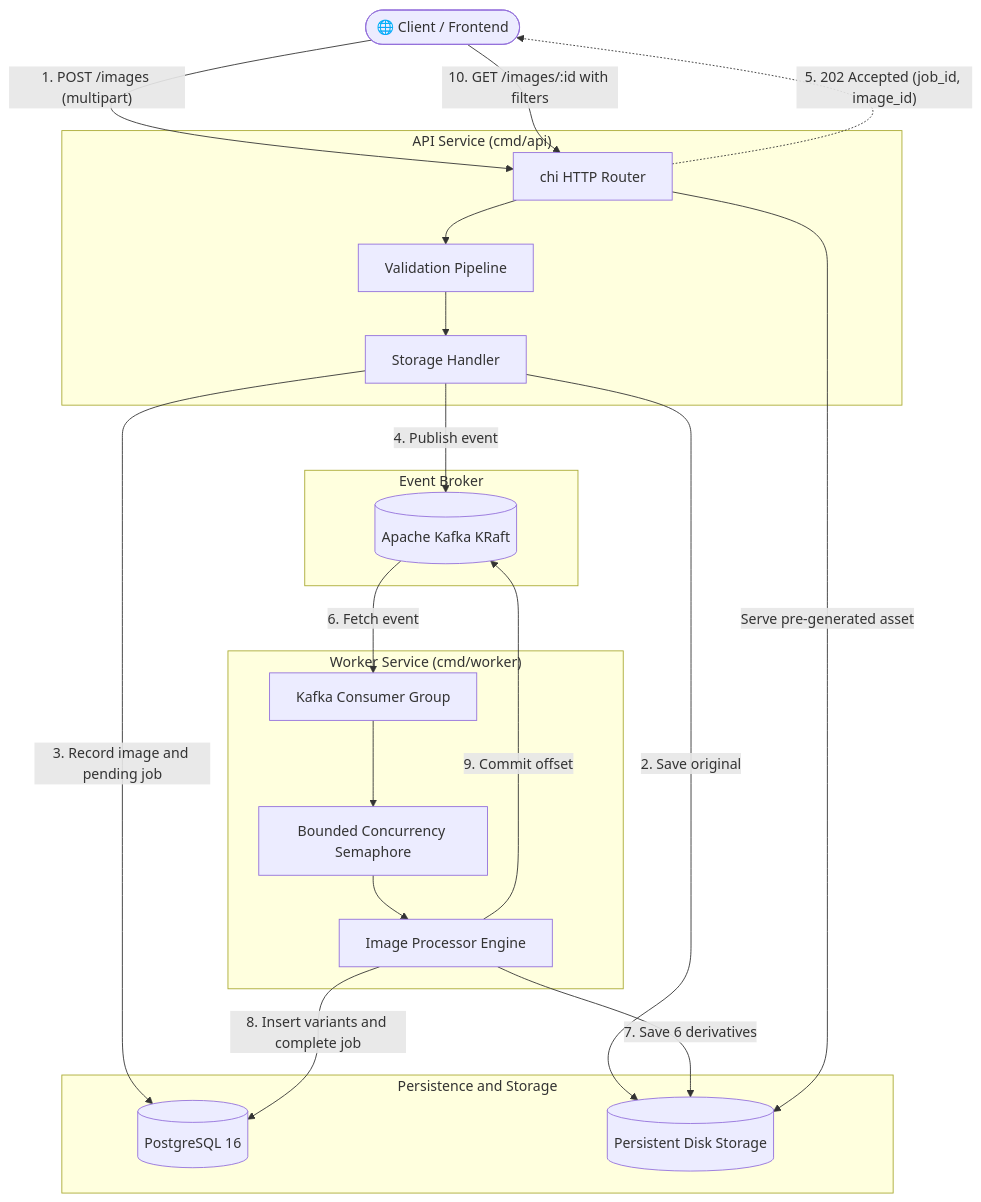
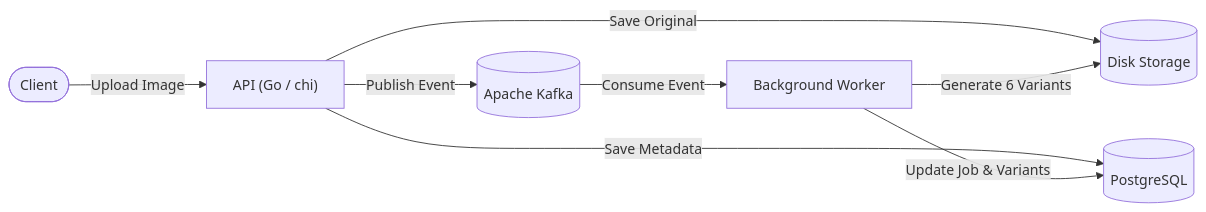
Before and after one commit to JoaoVitor615/image-flow: the diagram in README.md, drawn with Mermaid.

Commit message:
Revise architecture diagram in README
Updated architecture diagram to reflect new flow and components.

````diff
--- a/README.md
+++ b/README.md
@@ -27,44 +27,10 @@
 ```mermaid
-flowchart TD
-    Client(["🌐 Client / Frontend"])
-
-    subgraph API_Service ["API Service (cmd/api)"]
-        Router["chi HTTP Router"]
-        Validator["Validation Pipeline"]
-        API_Store["Storage Handler"]
-    end
-
-    subgraph Messaging ["Event Broker"]
-        Kafka[("Apache Kafka KRaft")]
-    end
-
-    subgraph Storage_Layer ["Persistence and Storage"]
-        PG[("PostgreSQL 16")]
-        Disk[("Persistent Disk Storage")]
-    end
-
-    subgraph Worker_Service ["Worker Service (cmd/worker)"]
-        Consumer["Kafka Consumer Group"]
-        Semaphore["Bounded Concurrency Semaphore"]
-        Processor["Image Processor Engine"]
-    end
-
-    %% Flow connections
-    Client -->|"1. POST /images (multipart)"| Router
-    Router --> Validator
-    Validator --> API_Store
-    API_Store -->|"2. Save original"| Disk
-    API_Store -->|"3. Record image and pending job"| PG
-    API_Store -->|"4. Publish event"| Kafka
-    Router -.->|"5. 202 Accepted (job_id, image_id)"| Client
-
-    Kafka -->|"6. Fetch event"| Consumer
-    Consumer --> Semaphore
-    Semaphore --> Processor
-    Processor -->|"7. Save 6 derivatives"| Disk
-    Processor -->|"8. Insert variants and complete job"| PG
-    Processor -->|"9. Commit offset"| Kafka
-
-    Client -->|"10. GET /images/:id with filters"| Router
-    Router -->|"Serve pre-generated asset"| Disk
+flowchart LR
+    Client(["Client"]) -->|"Upload Image"| API["API (Go / chi)"]
+    API -->|"Save Original"| Storage[("Disk Storage")]
+    API -->|"Save Metadata"| DB[("PostgreSQL")]
+    API -->|"Publish Event"| Kafka[("Apache Kafka")]
+    Kafka -->|"Consume Event"| Worker["Background Worker"]
+    Worker -->|"Generate 6 Variants"| Storage
+    Worker -->|"Update Job & Variants"| DB
 ```
````
